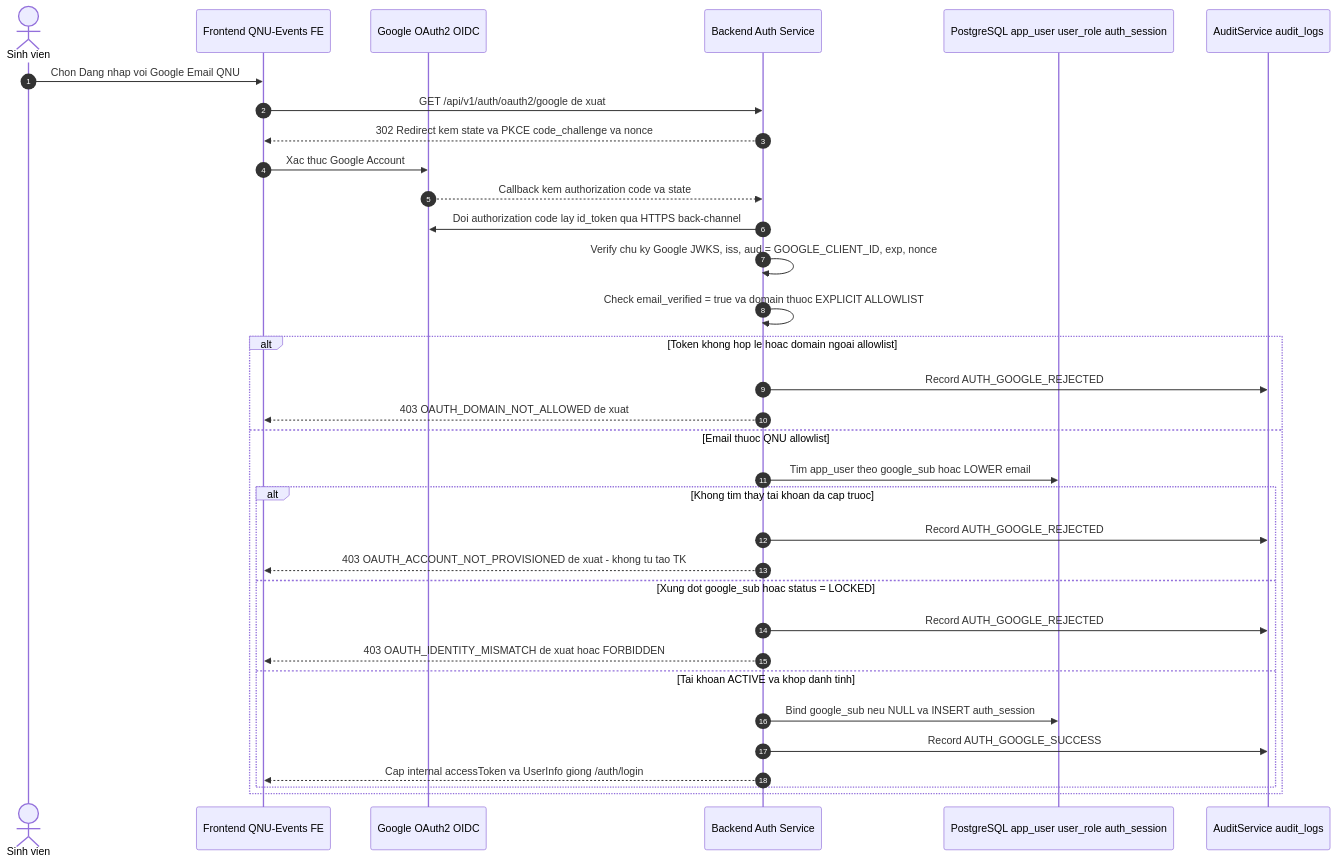
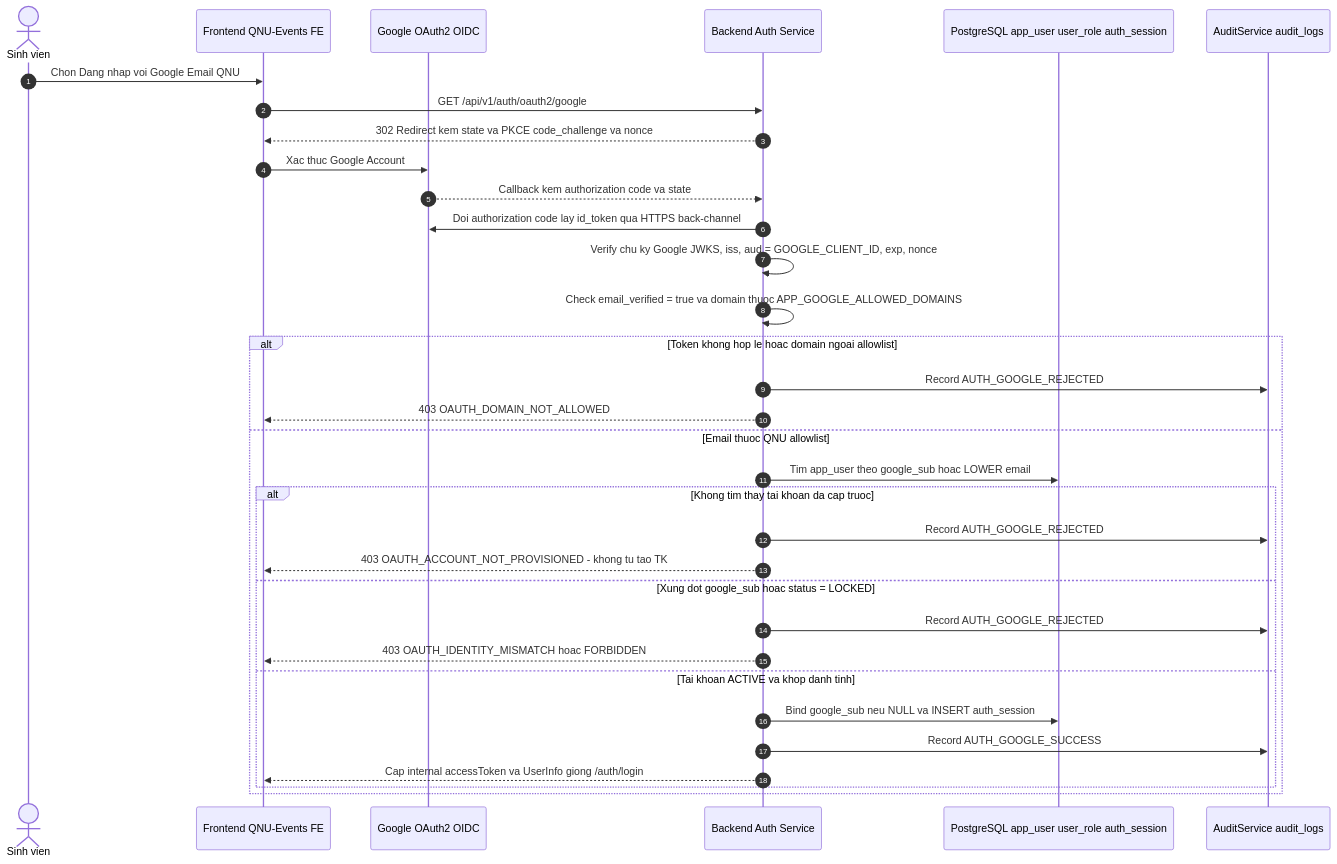
One commit to GMIOS25/QNU-Events-BE changed the third of 3 diagrams in docs/architecture/auth-and-session-lifecycle.md. Above: the diagram before and after it, drawn with Mermaid. The commit also changed other lines of this file and 14 other files, not shown here.

````diff
--- a/docs/architecture/auth-and-session-lifecycle.md
+++ b/docs/architecture/auth-and-session-lifecycle.md
@@ -258,36 +255,36 @@
 ```mermaid
 sequenceDiagram
     autonumber
     actor SV as Sinh vien
     participant FE as Frontend QNU-Events FE
     participant Google as Google OAuth2 OIDC
     participant BE as Backend Auth Service
     participant DB as PostgreSQL app_user user_role auth_session
     participant AUD as AuditService audit_logs
 
     SV->>FE: Chon Dang nhap voi Google Email QNU
-    FE->>BE: GET /api/v1/auth/oauth2/google de xuat
+    FE->>BE: GET /api/v1/auth/oauth2/google
     BE-->>FE: 302 Redirect kem state va PKCE code_challenge va nonce
     FE->>Google: Xac thuc Google Account
     Google-->>BE: Callback kem authorization code va state
     BE->>Google: Doi authorization code lay id_token qua HTTPS back-channel
     BE->>BE: Verify chu ky Google JWKS, iss, aud = GOOGLE_CLIENT_ID, exp, nonce
-    BE->>BE: Check email_verified = true va domain thuoc EXPLICIT ALLOWLIST
+    BE->>BE: Check email_verified = true va domain thuoc APP_GOOGLE_ALLOWED_DOMAINS
     alt Token khong hop le hoac domain ngoai allowlist
         BE->>AUD: Record AUTH_GOOGLE_REJECTED
-        BE-->>FE: 403 OAUTH_DOMAIN_NOT_ALLOWED de xuat
+        BE-->>FE: 403 OAUTH_DOMAIN_NOT_ALLOWED
     else Email thuoc QNU allowlist
         BE->>DB: Tim app_user theo google_sub hoac LOWER email
         alt Khong tim thay tai khoan da cap truoc
             BE->>AUD: Record AUTH_GOOGLE_REJECTED
-            BE-->>FE: 403 OAUTH_ACCOUNT_NOT_PROVISIONED de xuat - khong tu tao TK
+            BE-->>FE: 403 OAUTH_ACCOUNT_NOT_PROVISIONED - khong tu tao TK
         else Xung dot google_sub hoac status = LOCKED
             BE->>AUD: Record AUTH_GOOGLE_REJECTED
-            BE-->>FE: 403 OAUTH_IDENTITY_MISMATCH de xuat hoac FORBIDDEN
+            BE-->>FE: 403 OAUTH_IDENTITY_MISMATCH hoac FORBIDDEN
         else Tai khoan ACTIVE va khop danh tinh
             BE->>DB: Bind google_sub neu NULL va INSERT auth_session
             BE->>AUD: Record AUTH_GOOGLE_SUCCESS
             BE-->>FE: Cap internal accessToken va UserInfo giong /auth/login
         end
     end
 ```
````
